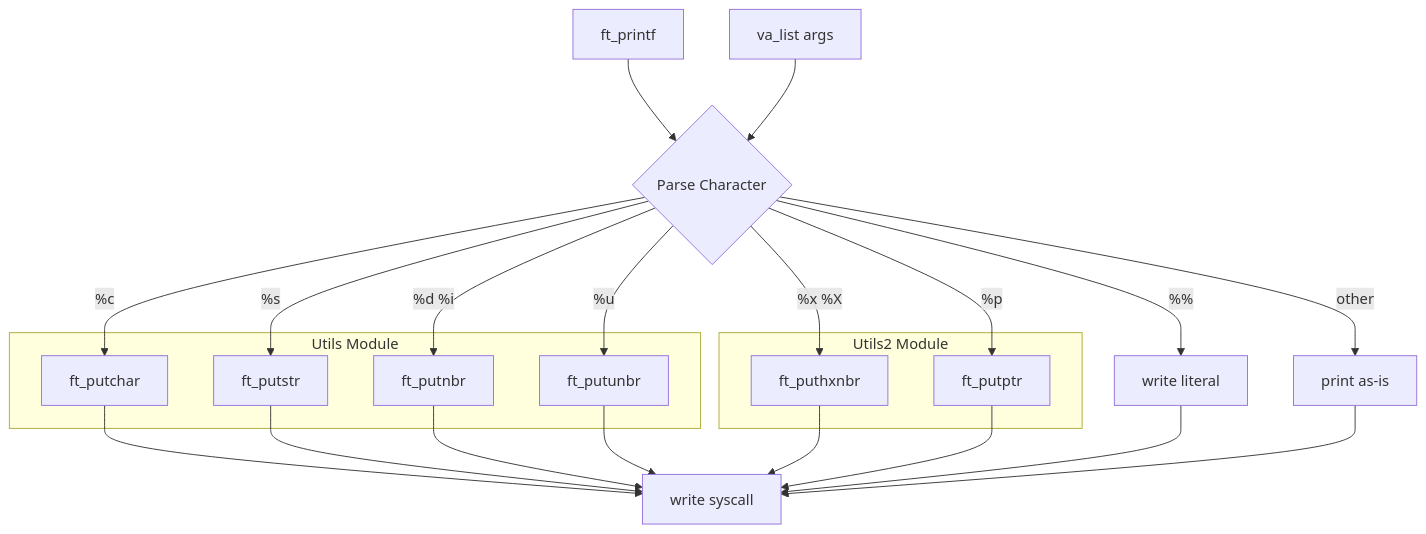
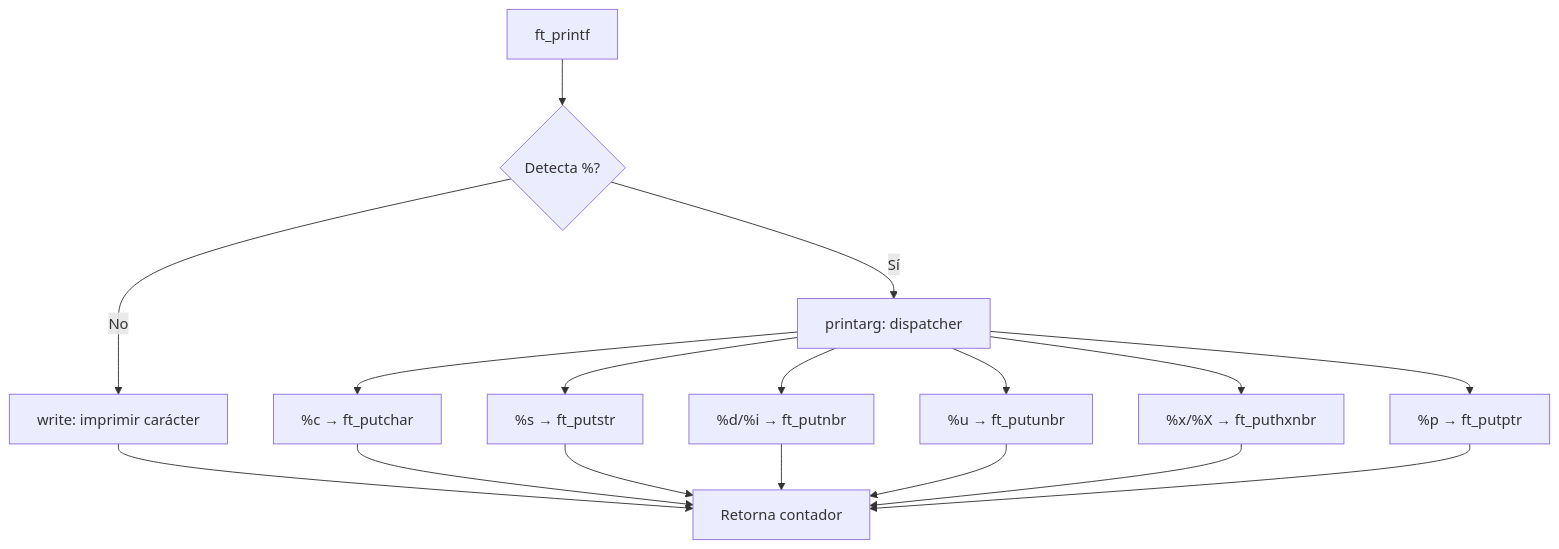
Before and after one commit to samuelhm/ft_printf: the diagram in README.md, drawn with Mermaid. The commit also changed other lines of this file, not shown here.

````diff
--- a/README.md
+++ b/README.md
@@ -43,31 +33,19 @@
 ```mermaid
 flowchart TD
-    A[ft_printf] --> B{Parse Character}
-    B -->|%c| C[ft_putchar]
-    B -->|%s| D[ft_putstr]
-    B -->|%d %i| E[ft_putnbr]
-    B -->|%u| F[ft_putunbr]
-    B -->|%x %X| G[ft_puthxnbr]
-    B -->|%p| H[ft_putptr]
-    B -->|%%| I[write literal]
-    B -->|other| J[print as-is]
-    C --> K[write syscall]
-    D --> K
+    A[ft_printf] --> B{Detecta %?}
+    B -->|No| C[write: imprimir carácter]
+    B -->|Sí| D[printarg: dispatcher]
+    D --> E[%c → ft_putchar]
+    D --> F[%s → ft_putstr]
+    D --> G[%d/%i → ft_putnbr]
+    D --> H[%u → ft_putunbr]
+    D --> I[%x/%X → ft_puthxnbr]
+    D --> J[%p → ft_putptr]
+    C --> K[Retorna contador]
     E --> K
     F --> K
     G --> K
     H --> K
     I --> K
     J --> K
-    L[va_list args] --> B
-    subgraph Utils ["Utils Module"]
-        C
-        D
-        E
-        F
-    end
-    subgraph Utils2 ["Utils2 Module"]
-        G
-        H
-    end
 ```
````
